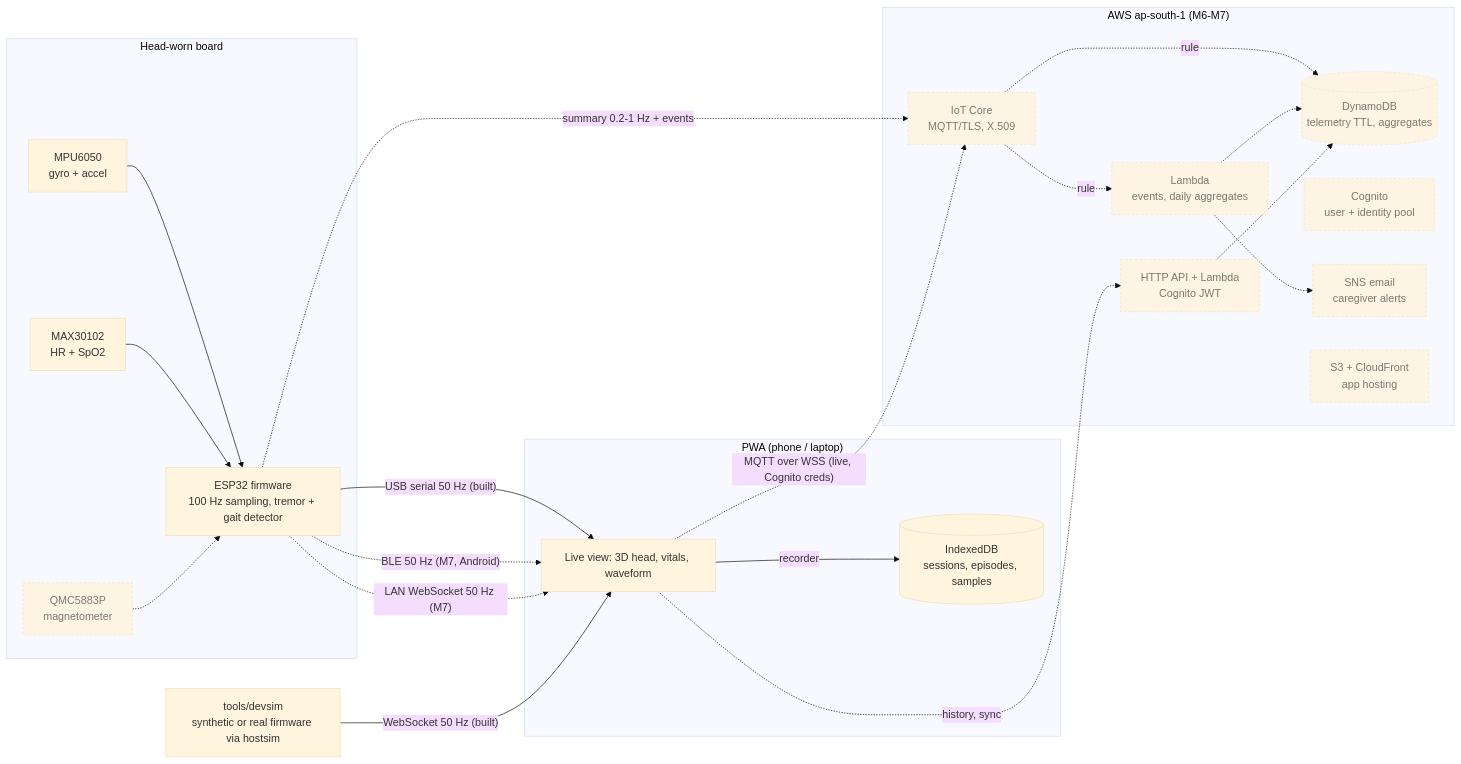
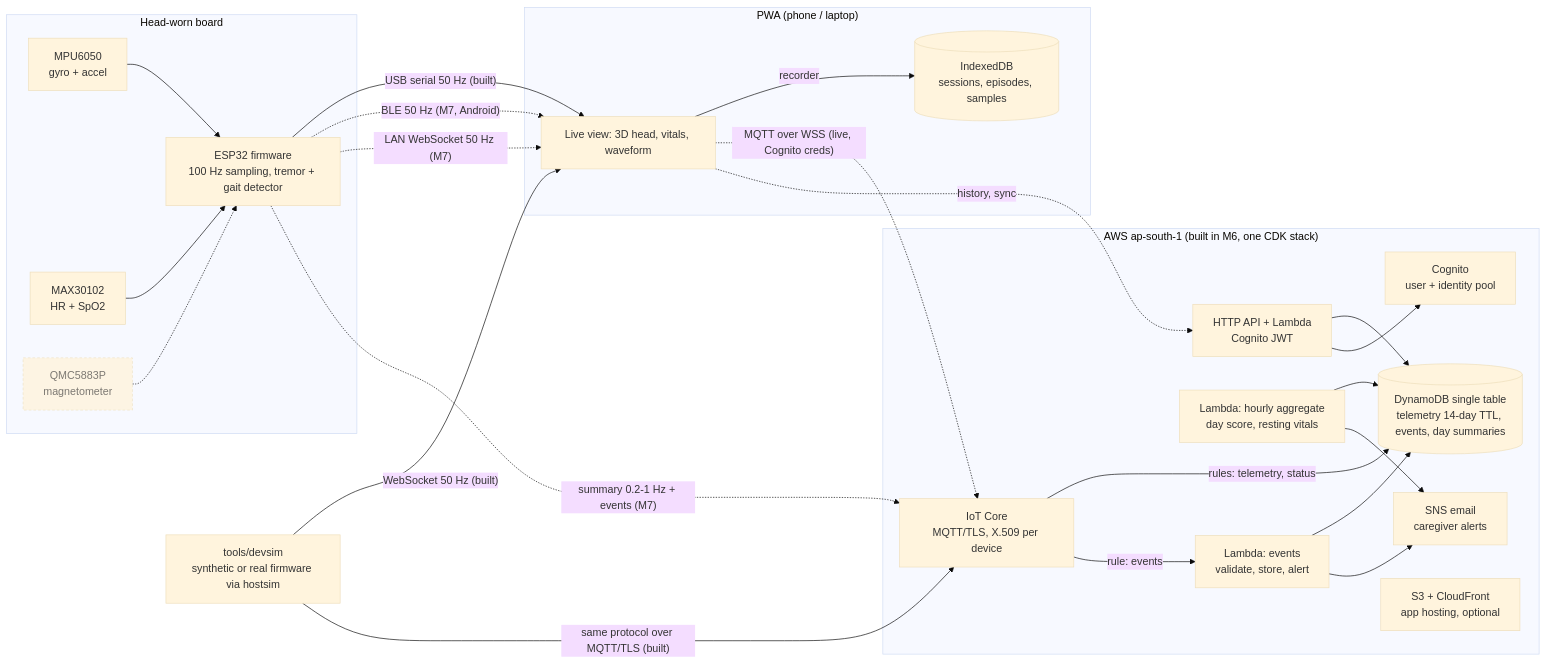
The diagram in docs/ARCHITECTURE.md (ar3misByte/tremtrack), drawn with Mermaid (base theme) before and after one commit. The commit also changed other lines of this file and 36 other files, not shown here.

````diff
--- a/docs/ARCHITECTURE.md
+++ b/docs/ARCHITECTURE.md
@@ -5,40 +5,45 @@
 ```mermaid
 flowchart LR
   subgraph Head["Head-worn board"]
     MPU[MPU6050<br/>gyro + accel] --> FW
     PPG[MAX30102<br/>HR + SpO2] --> FW
     MAG[QMC5883P<br/>magnetometer]:::planned -.-> FW
     FW[ESP32 firmware<br/>100 Hz sampling, tremor + gait detector]
   end
 
   FW -- "USB serial 50 Hz (built)" --> APP
   FW -. "BLE 50 Hz (M7, Android)" .-> APP
   FW -. "LAN WebSocket 50 Hz (M7)" .-> APP
   SIM[tools/devsim<br/>synthetic or real firmware via hostsim] -- "WebSocket 50 Hz (built)" --> APP
 
   subgraph Browser["PWA (phone / laptop)"]
     APP[Live view: 3D head, vitals, waveform]
     IDB[(IndexedDB<br/>sessions, episodes, samples)]
     APP -- recorder --> IDB
   end
 
-  subgraph AWS["AWS ap-south-1 (M6-M7)"]
-    IOT[IoT Core<br/>MQTT/TLS, X.509]:::planned
-    DDB[(DynamoDB<br/>telemetry TTL, aggregates)]:::planned
-    L1[Lambda<br/>events, daily aggregates]:::planned
-    API[HTTP API + Lambda<br/>Cognito JWT]:::planned
-    COG[Cognito<br/>user + identity pool]:::planned
-    SNS[SNS email<br/>caregiver alerts]:::planned
-    S3[S3 + CloudFront<br/>app hosting]:::planned
+  subgraph AWS["AWS ap-south-1 (built in M6, one CDK stack)"]
+    IOT[IoT Core<br/>MQTT/TLS, X.509 per device]
+    DDB[(DynamoDB single table<br/>telemetry 14-day TTL, events, day summaries)]
+    L1[Lambda: events<br/>validate, store, alert]
+    L2[Lambda: hourly aggregate<br/>day score, resting vitals]
+    API[HTTP API + Lambda<br/>Cognito JWT]
+    COG[Cognito<br/>user + identity pool]
+    SNS[SNS email<br/>caregiver alerts]
+    S3[S3 + CloudFront<br/>app hosting, optional]
   end
 
-  FW -. "summary 0.2-1 Hz + events" .-> IOT
-  IOT -. rule .-> DDB
-  IOT -. rule .-> L1
-  L1 -.-> DDB
-  L1 -.-> SNS
+  FW -. "summary 0.2-1 Hz + events (M7)" .-> IOT
+  SIM -- "same protocol over MQTT/TLS (built)" --> IOT
+  IOT -- "rules: telemetry, status" --> DDB
+  IOT -- "rule: events" --> L1
+  L1 --> DDB
+  L1 --> SNS
+  L2 --> DDB
+  L2 --> SNS
   APP -. "MQTT over WSS (live, Cognito creds)" .-> IOT
   APP -. "history, sync" .-> API
-  API -.-> DDB
+  API --> DDB
+  API --> COG
   classDef planned stroke-dasharray: 4 3,opacity:0.8
 ```
````
